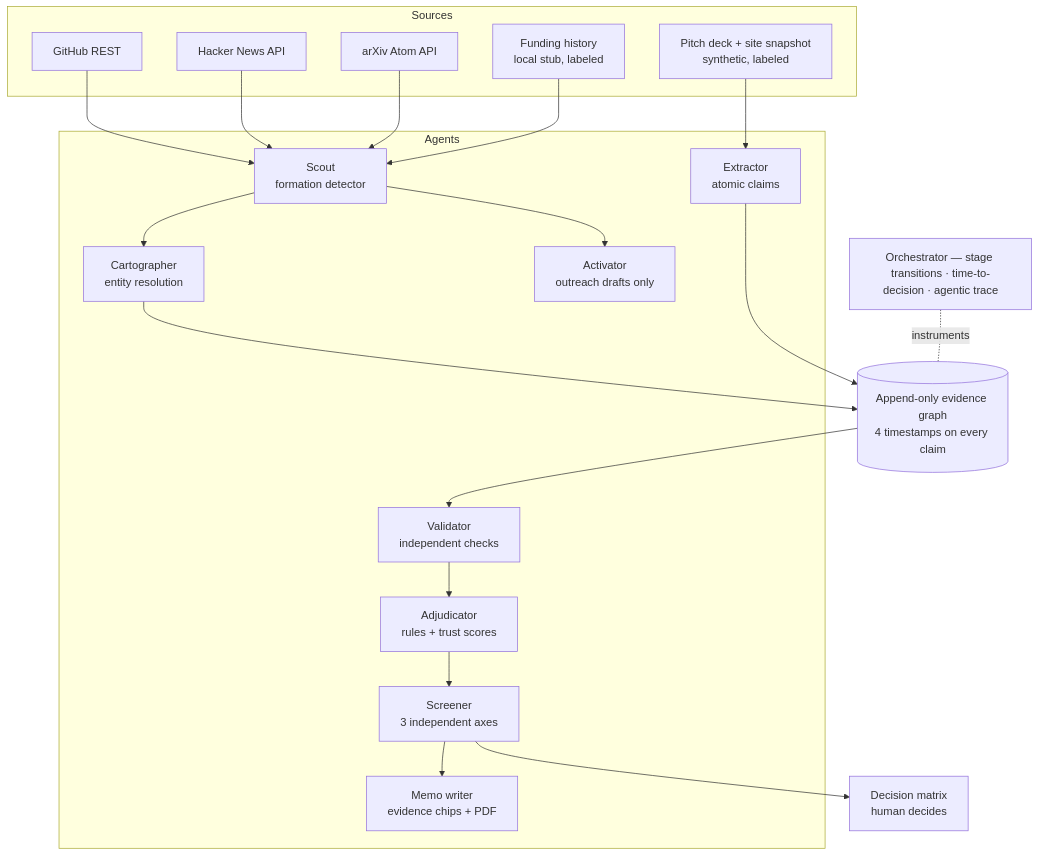
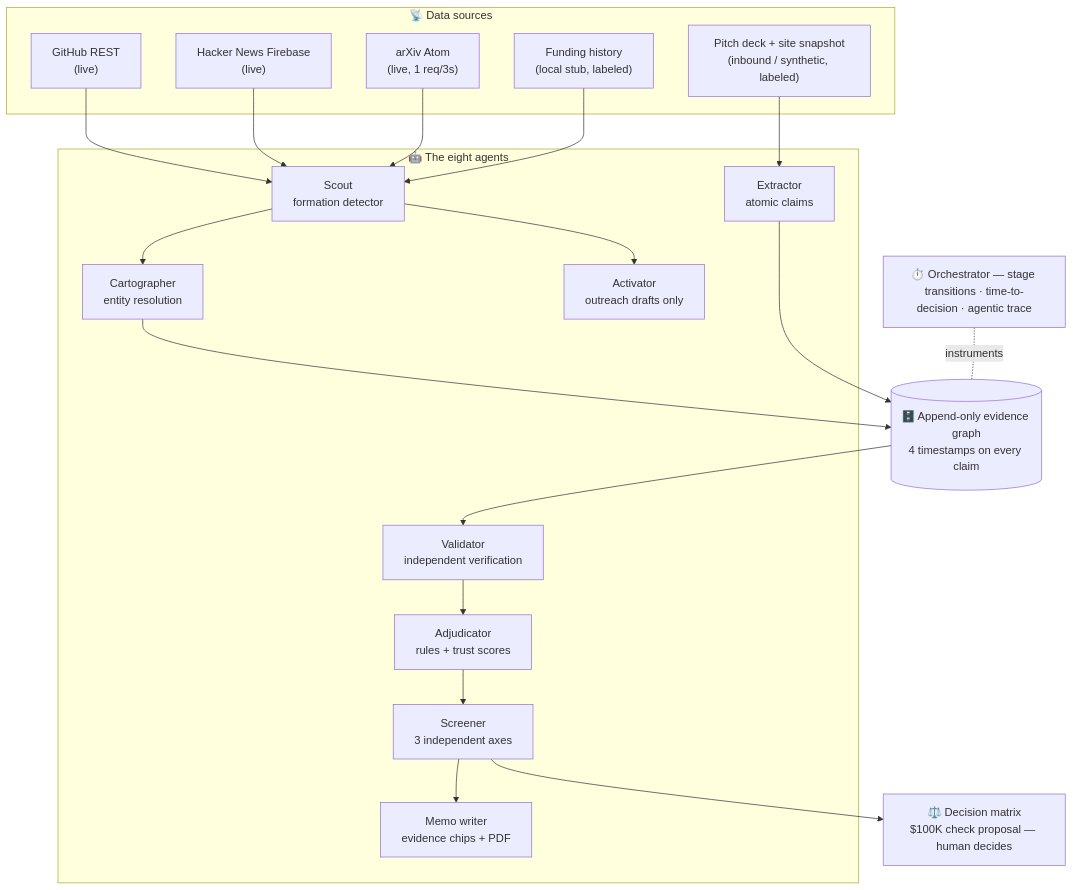
Before and after one commit to Kanhaiya76618/VC_brain: the first of 3 diagrams in README.md, drawn with Mermaid. The commit also changed other lines of this file and 1 other file, not shown here.

First line of the commit message:
README: full rewrite — formulations, verified research, ER/sequence diagrams

````diff
--- a/README.md
+++ b/README.md
@@ -9,36 +52,37 @@
 ```mermaid
 flowchart TB
-    subgraph Sources
-        GH[GitHub REST]
-        HN[Hacker News API]
-        AX[arXiv Atom API]
-        DECK[Pitch deck + site snapshot<br/>synthetic, labeled]
-        CB[Funding history<br/>local stub, labeled]
+    subgraph SOURCES["📡 Data sources"]
+        GH["GitHub REST<br/>(live)"]
+        HN["Hacker News Firebase<br/>(live)"]
+        AX["arXiv Atom<br/>(live, 1 req/3s)"]
+        DECK["Pitch deck + site snapshot<br/>(inbound / synthetic, labeled)"]
+        CB["Funding history<br/>(local stub, labeled)"]
     end
 
-    subgraph Agents
-        SCOUT[Scout<br/>formation detector]
-        CARTO[Cartographer<br/>entity resolution]
-        EXTR[Extractor<br/>atomic claims]
-        VALID[Validator<br/>independent checks]
-        ADJ[Adjudicator<br/>rules + trust scores]
-        SCREEN[Screener<br/>3 independent axes]
-        MEMO[Memo writer<br/>evidence chips + PDF]
-        ACT[Activator<br/>outreach drafts only]
+    subgraph AGENTS["🤖 The eight agents"]
+        SCOUT["Scout<br/>formation detector"]
+        CARTO["Cartographer<br/>entity resolution"]
+        EXTR["Extractor<br/>atomic claims"]
+        VALID["Validator<br/>independent verification"]
+        ADJ["Adjudicator<br/>rules + trust scores"]
+        SCREEN["Screener<br/>3 independent axes"]
+        MEMO["Memo writer<br/>evidence chips + PDF"]
+        ACT["Activator<br/>outreach drafts only"]
     end
 
-    GRAPH[(Append-only evidence graph<br/>4 timestamps on every claim)]
-    ORCH[Orchestrator — stage transitions · time-to-decision · agentic trace]
+    GRAPH[("🗄️ Append-only evidence graph<br/>4 timestamps on every claim")]
+    ORCH["⏱️ Orchestrator — stage transitions · time-to-decision · agentic trace"]
+    DECISION["⚖️ Decision matrix<br/>$100K check proposal — human decides"]
 
     GH --> SCOUT
     HN --> SCOUT
     AX --> SCOUT
+    CB --> SCOUT
     DECK --> EXTR
-    CB --> SCOUT
     SCOUT --> CARTO --> GRAPH
     EXTR --> GRAPH
     GRAPH --> VALID --> ADJ --> SCREEN --> MEMO
     SCOUT --> ACT
-    SCREEN --> DECISION[Decision matrix<br/>human decides]
+    SCREEN --> DECISION
     ORCH -.instruments.- GRAPH
 ```
````
